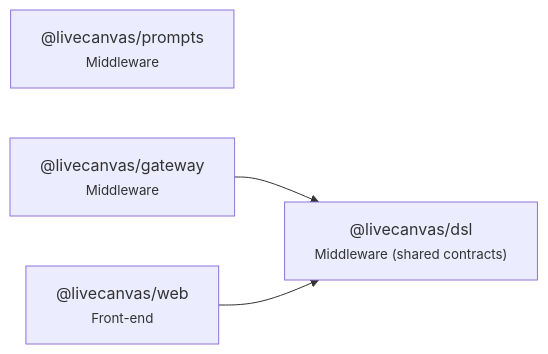
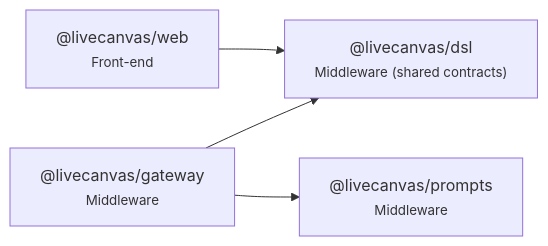
The diagram in docs/CODEMAP.md (MAKaminski/VoiceFlows), drawn with Mermaid before and after one commit. The commit also changed other lines of this file and 22 other files, not shown here.

````diff
--- a/docs/CODEMAP.md
+++ b/docs/CODEMAP.md
@@ -15,9 +15,10 @@
 ```mermaid
 flowchart LR
   _livecanvas_dsl["@livecanvas/dsl<br/><small>Middleware (shared contracts)</small>"]
   _livecanvas_prompts["@livecanvas/prompts<br/><small>Middleware</small>"]
   _livecanvas_gateway["@livecanvas/gateway<br/><small>Middleware</small>"]
   _livecanvas_web["@livecanvas/web<br/><small>Front-end</small>"]
   _livecanvas_gateway --> _livecanvas_dsl
+  _livecanvas_gateway --> _livecanvas_prompts
   _livecanvas_web --> _livecanvas_dsl
 ```
````
